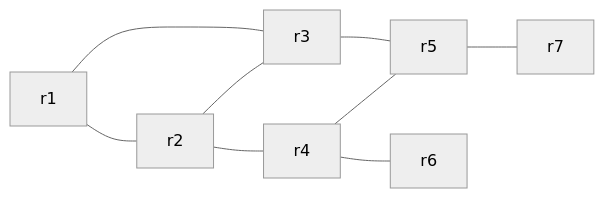
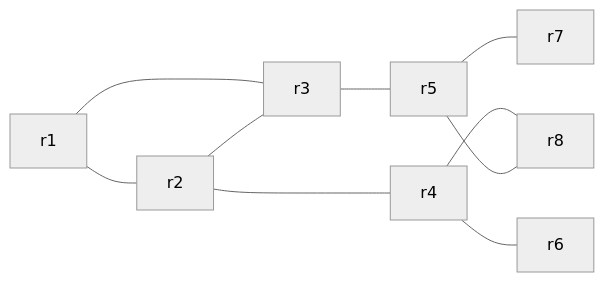
The diagram in topologia.mermaid (luisdorr/luisdorr-Redes-2-trabalho-GA), drawn with Mermaid (neutral theme) before and after one commit. The commit also changed 31 other files, not shown here.

```diff
--- a/topologia.mermaid
+++ b/topologia.mermaid
@@ -1,9 +1,10 @@
 graph LR
     r1 --- r2
     r1 --- r3
     r2 --- r3
     r2 --- r4
     r3 --- r5
-    r4 --- r5
     r4 --- r6
+    r4 --- r8
     r5 --- r7
+    r5 --- r8
```
